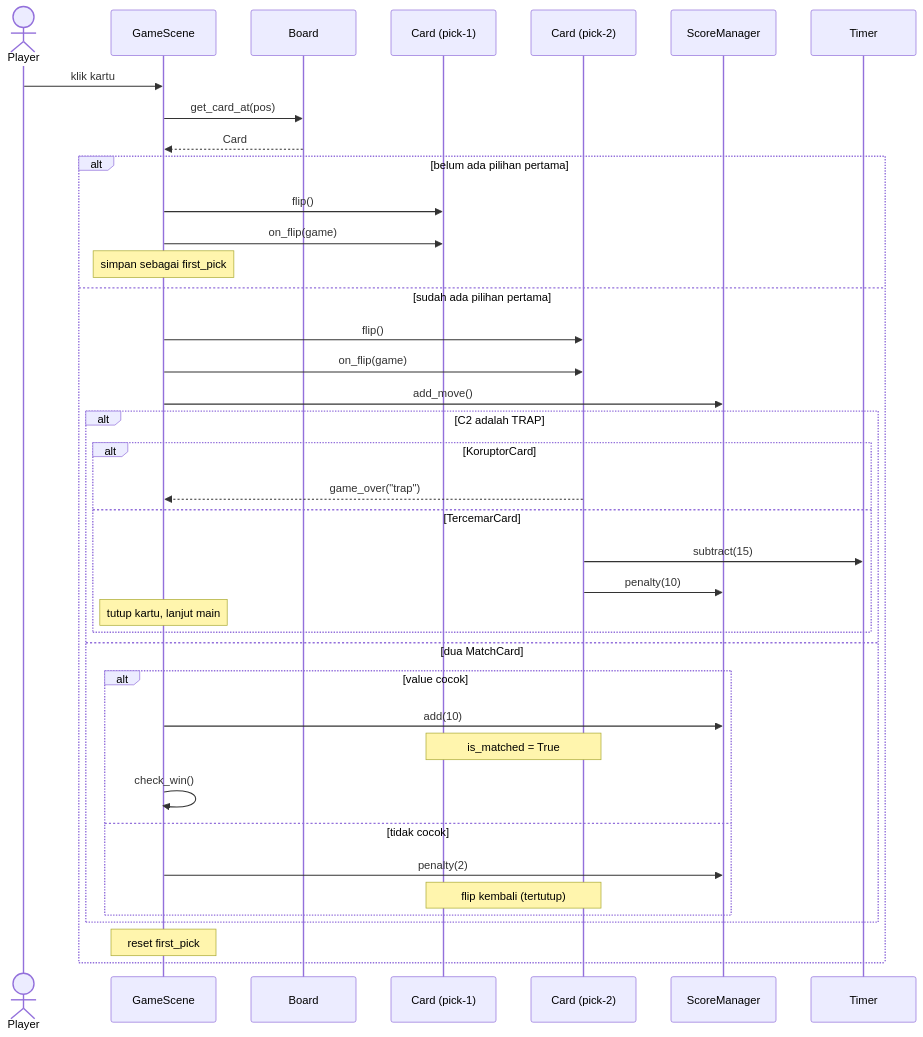
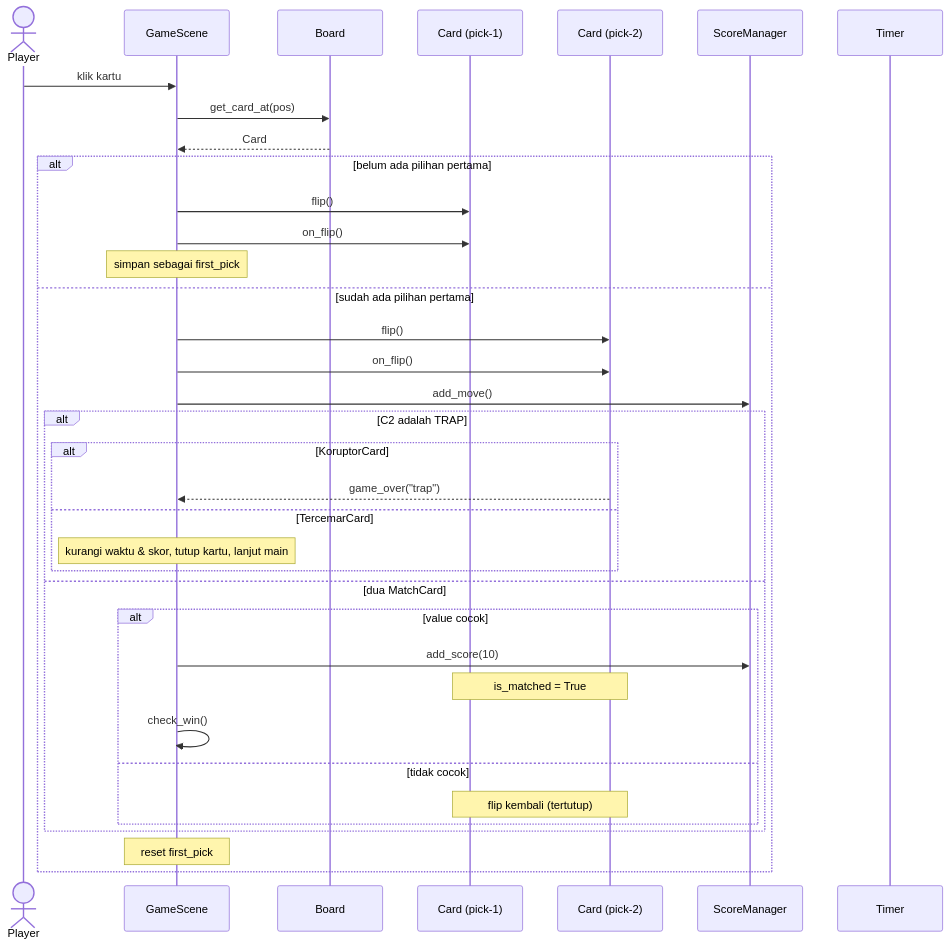
The second of 5 diagrams in docs/UML.md (Yogaprtamaa/mbg-memory-match), drawn with Mermaid before and after one commit. The commit also changed other lines of this file and 1 other file, not shown here.

Commit message:
refactor: update UML documentation to reflect architectural changes to card state, timer logic, and method signatures

````diff
--- a/docs/UML.md
+++ b/docs/UML.md
@@ -173,44 +172,41 @@
 ```mermaid
 sequenceDiagram
     actor Player
     participant GS as GameScene
     participant B as Board
     participant C1 as Card (pick-1)
     participant C2 as Card (pick-2)
     participant SM as ScoreManager
     participant T as Timer
 
     Player->>GS: klik kartu
     GS->>B: get_card_at(pos)
     B-->>GS: Card
 
     alt belum ada pilihan pertama
         GS->>C1: flip()
-        GS->>C1: on_flip(game)
+        GS->>C1: on_flip()
         Note over GS: simpan sebagai first_pick
     else sudah ada pilihan pertama
         GS->>C2: flip()
-        GS->>C2: on_flip(game)
+        GS->>C2: on_flip()
         GS->>SM: add_move()
 
         alt C2 adalah TRAP
             alt KoruptorCard
                 C2-->>GS: game_over("trap")
             else TercemarCard
-                C2->>T: subtract(15)
-                C2->>SM: penalty(10)
-                Note over GS: tutup kartu, lanjut main
+                Note over GS: kurangi waktu & skor, tutup kartu, lanjut main
             end
         else dua MatchCard
             alt value cocok
-                GS->>SM: add(10)
+                GS->>SM: add_score(10)
                 Note over C1,C2: is_matched = True
                 GS->>GS: check_win()
             else tidak cocok
-                GS->>SM: penalty(2)
                 Note over C1,C2: flip kembali (tertutup)
             end
         end
         Note over GS: reset first_pick
     end
 ```
````
